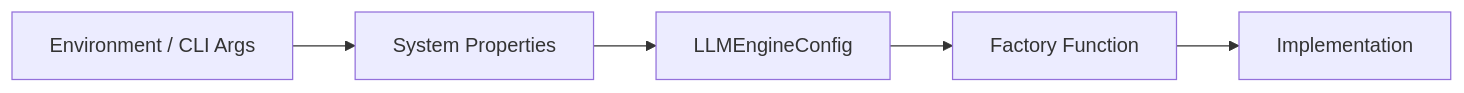
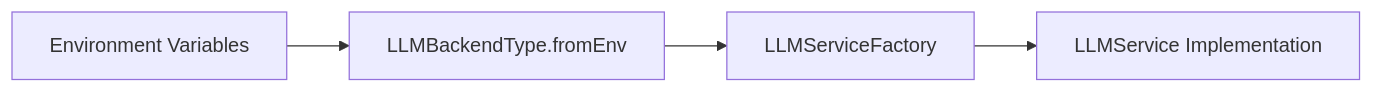
Before and after one commit to michalharakal/Daily-StandAPP: the third of 4 diagrams in docs/modules/architecture/pages/08-crosscutting-concepts.adoc, drawn with Mermaid. The commit also changed other lines of this file and 10 other files, not shown here.

First line of the commit message:
Update arc42 architecture docs to reflect current codebase

```diff
--- a/docs/modules/architecture/pages/08-crosscutting-concepts.adoc
+++ b/docs/modules/architecture/pages/08-crosscutting-concepts.adoc
@@ -147,14 +186,12 @@
 [mermaid]
 ----
 flowchart LR
-    ENV[Environment / CLI Args]
-    PROPS[System Properties]
-    CONFIG[LLMEngineConfig]
-    FACTORY[Factory Function]
-    IMPL[Implementation]
+    ENV[Environment Variables]
+    BACKEND[LLMBackendType.fromEnv]
+    FACTORY[LLMServiceFactory]
+    IMPL[LLMService Implementation]
 
-    ENV --> PROPS
-    PROPS --> CONFIG
-    CONFIG --> FACTORY
+    ENV --> BACKEND
+    BACKEND --> FACTORY
     FACTORY --> IMPL
 ----
```
